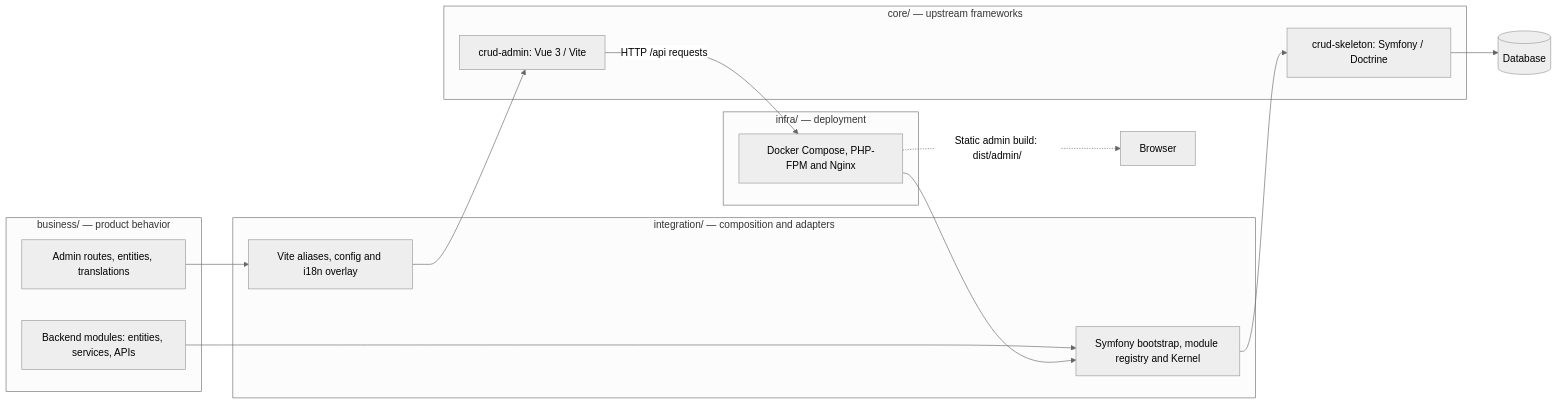
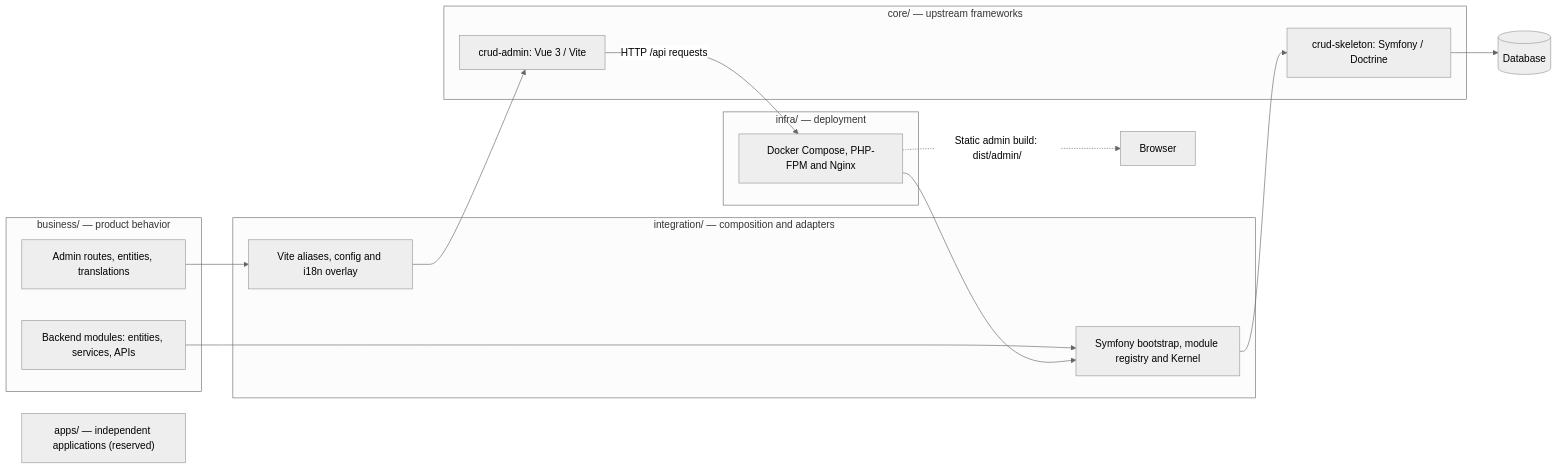
One commit to dream-studio-china/ns-ultimate changed the diagram in README.md. Above: the diagram before and after it, drawn with Mermaid (neutral theme). The commit also changed other lines of this file and 7 other files, not shown here.

Commit message:
docs(architecture): reserve apps for independent projects

````diff
--- a/README.md
+++ b/README.md
@@ -41,28 +42,30 @@
 ```mermaid
 flowchart LR
     subgraph business["business/ — product behavior"]
         BA["Admin routes, entities, translations"]
         BB["Backend modules: entities, services, APIs"]
     end
 
     subgraph integration["integration/ — composition and adapters"]
         IA["Vite aliases, config and i18n overlay"]
         IB["Symfony bootstrap, module registry and Kernel"]
     end
 
     subgraph core["core/ — upstream frameworks"]
         CA["crud-admin: Vue 3 / Vite"]
         CB["crud-skeleton: Symfony / Doctrine"]
     end
 
     subgraph infra["infra/ — deployment"]
         ID["Docker Compose, PHP-FPM and Nginx"]
     end
 
+    Apps["apps/ — independent applications (reserved)"]
+
     BA --> IA --> CA
     BB --> IB --> CB
     CA -->|"HTTP /api requests"| ID
     ID --> IB
     ID -.->|Static admin build: dist/admin/| Browser["Browser"]
     CB --> DB[("Database")]
 ```
````
